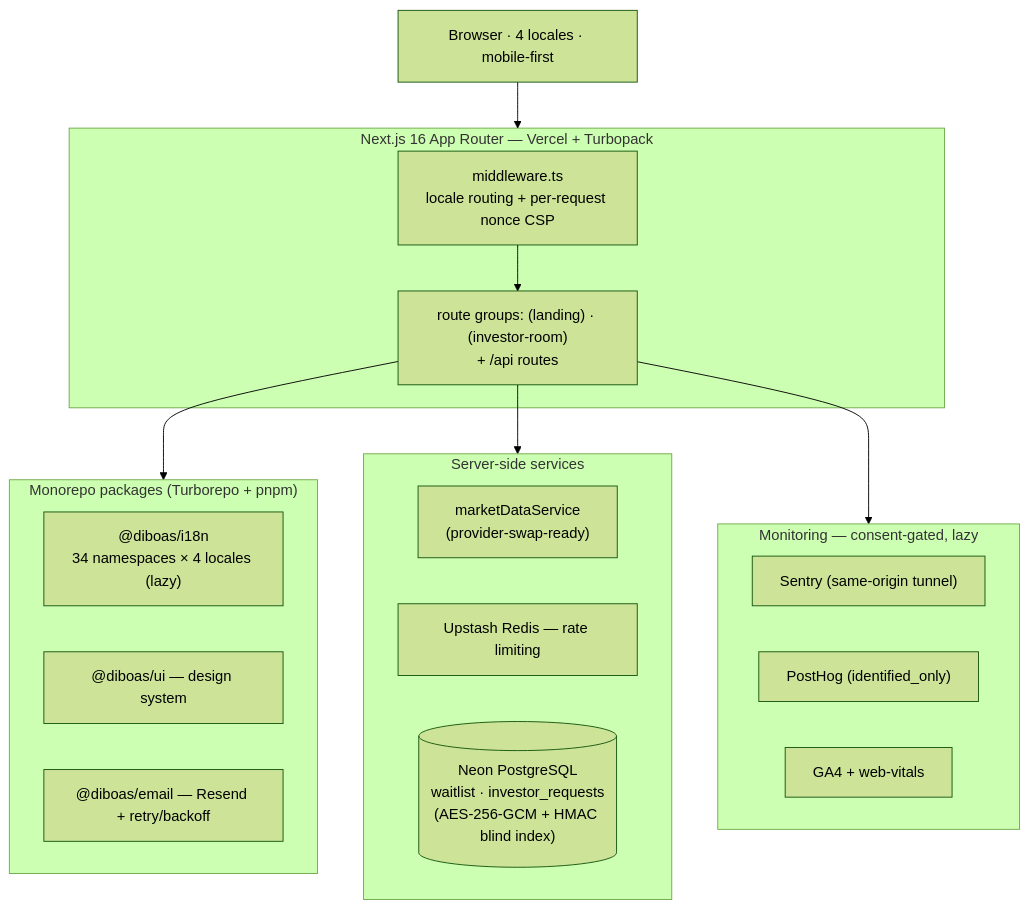
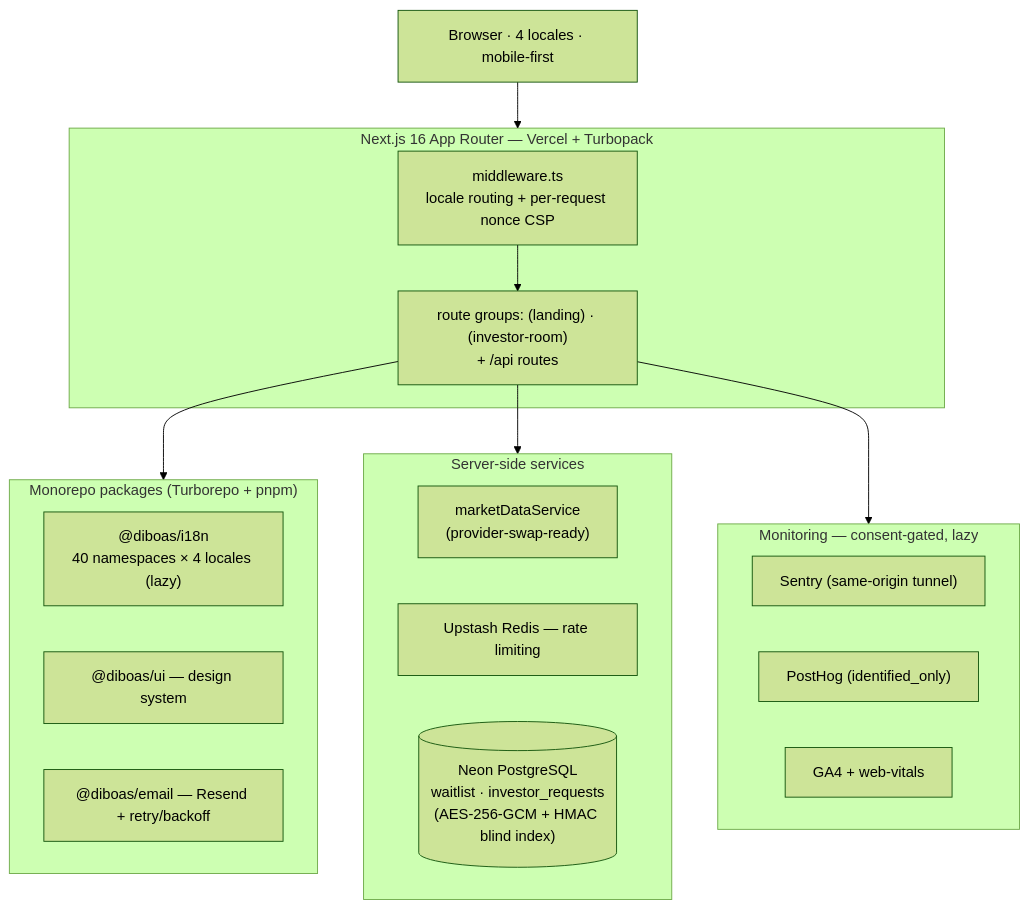
The diagram in README.md (bribeirobr25/diboas-platform), drawn with Mermaid (forest theme) before and after one commit. The commit also changed other lines of this file and 5 other files, not shown here.

````diff
--- a/README.md
+++ b/README.md
@@ -31,32 +31,32 @@
 ```mermaid
 flowchart TD
   Client["Browser · 4 locales · mobile-first"] --> Edge
 
   subgraph Edge["Next.js 16 App Router — Vercel + Turbopack"]
     MW["middleware.ts<br/>locale routing + per-request nonce CSP"]
     Pages["route groups: (landing) · (investor-room)<br/>+ /api routes"]
     MW --> Pages
   end
 
   subgraph Packages["Monorepo packages (Turborepo + pnpm)"]
-    I18N["@diboas/i18n<br/>34 namespaces × 4 locales (lazy)"]
+    I18N["@diboas/i18n<br/>40 namespaces × 4 locales (lazy)"]
     UI["@diboas/ui — design system"]
     EMAIL["@diboas/email — Resend + retry/backoff"]
   end
 
   subgraph Services["Server-side services"]
     MD["marketDataService<br/>(provider-swap-ready)"]
     RL["Upstash Redis — rate limiting"]
     DB[("Neon PostgreSQL<br/>waitlist · investor_requests<br/>(AES-256-GCM + HMAC blind index)")]
   end
 
   subgraph Obs["Monitoring — consent-gated, lazy"]
     SENTRY["Sentry (same-origin tunnel)"]
     PH["PostHog (identified_only)"]
     GA["GA4 + web-vitals"]
   end
 
   Pages --> Packages
   Pages --> Services
   Pages --> Obs
 ```
````
